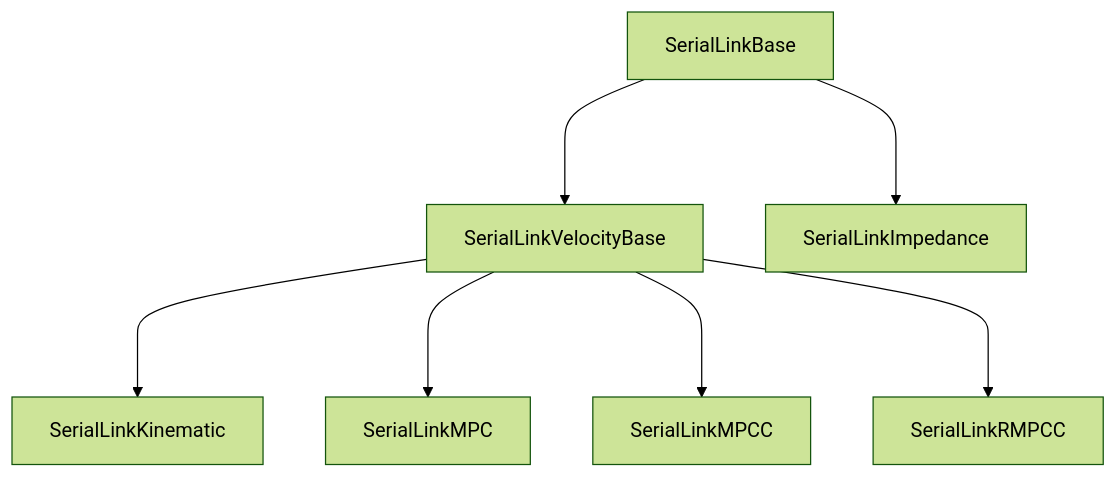
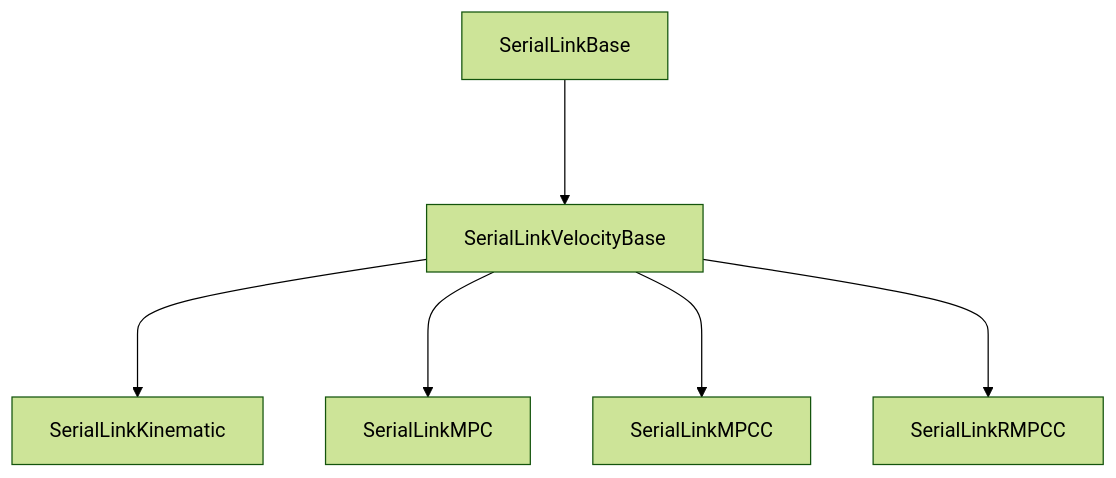
Before and after one commit to ChonghaoCheng/software_robot_library: the second of 2 diagrams in Control/README.md, drawn with Mermaid (forest theme). The commit also changed other lines of this file and 13 other files, not shown here.

````diff
--- a/Control/README.md
+++ b/Control/README.md
@@ -45,11 +45,10 @@
 ```mermaid
   graph TD
 
       SerialLinkBase ---> SerialLinkVelocityBase
-      SerialLinkBase ---> SerialLinkImpedance
       SerialLinkVelocityBase ---> SerialLinkKinematic
       SerialLinkVelocityBase ---> SerialLinkMPC
       SerialLinkVelocityBase ---> SerialLinkMPCC
       SerialLinkVelocityBase ---> SerialLinkRMPCC
 
 ```
````
